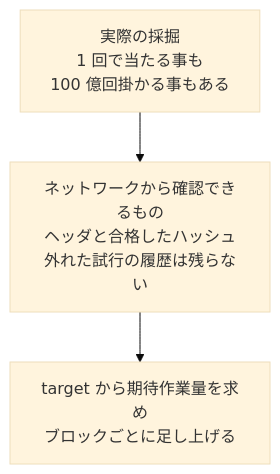
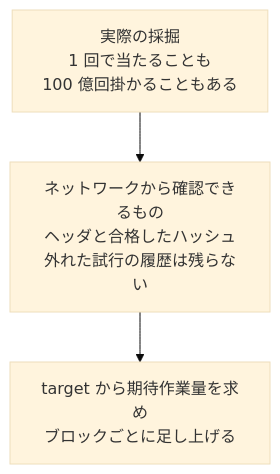
The third of 6 diagrams in content/notes/blockchain-systems/proof-of-work/index.md (nao1215/debimate), drawn with Mermaid (base theme) before and after one commit. The commit also changed other lines of this file and 56 other files, not shown here.

````diff
--- a/content/notes/blockchain-systems/proof-of-work/index.md
+++ b/content/notes/blockchain-systems/proof-of-work/index.md
@@ -51,5 +51,5 @@
 ```mermaid
 flowchart TD
-    M["実際の採掘<br/>1 回で当たる事も<br/>100 億回掛かる事もある"] --> V["ネットワークから確認できるもの<br/>ヘッダと合格したハッシュ<br/>外れた試行の履歴は残らない"]
+    M["実際の採掘<br/>1 回で当たることも<br/>100 億回掛かることもある"] --> V["ネットワークから確認できるもの<br/>ヘッダと合格したハッシュ<br/>外れた試行の履歴は残らない"]
     V --> E["target から期待作業量を求め<br/>ブロックごとに足し上げる"]
 ```
````
